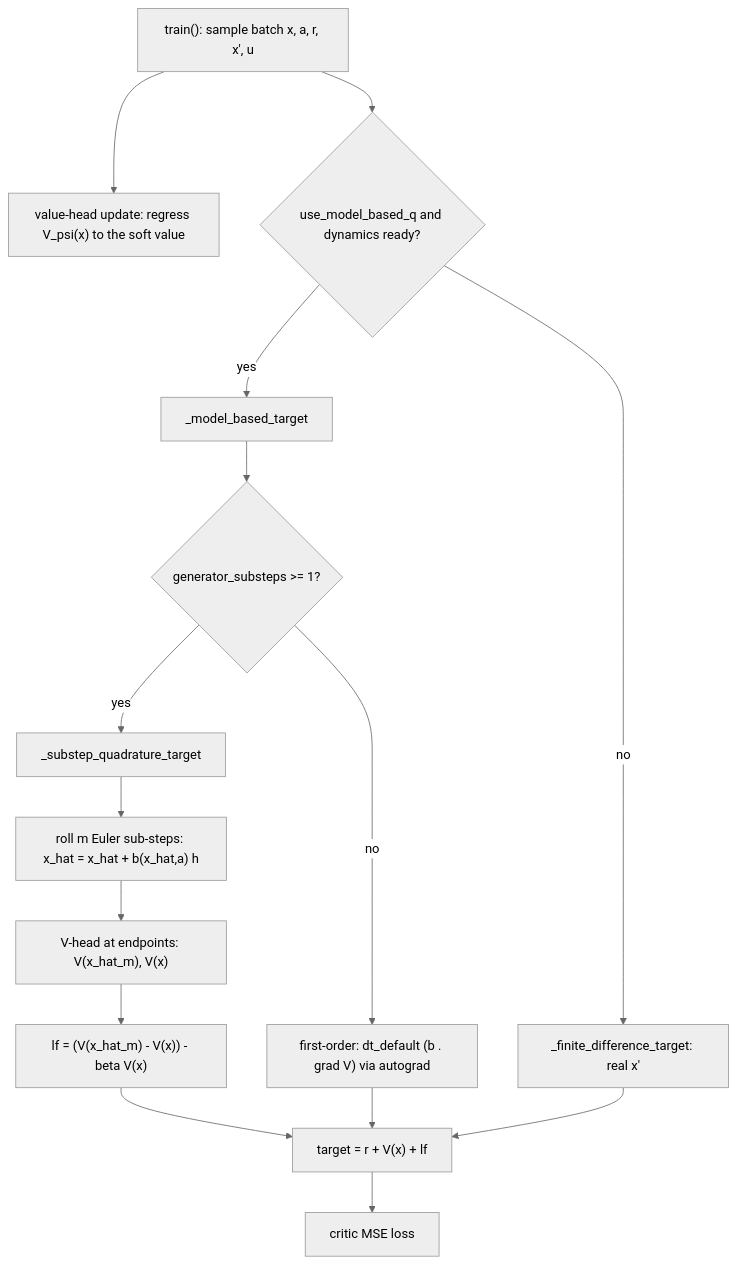
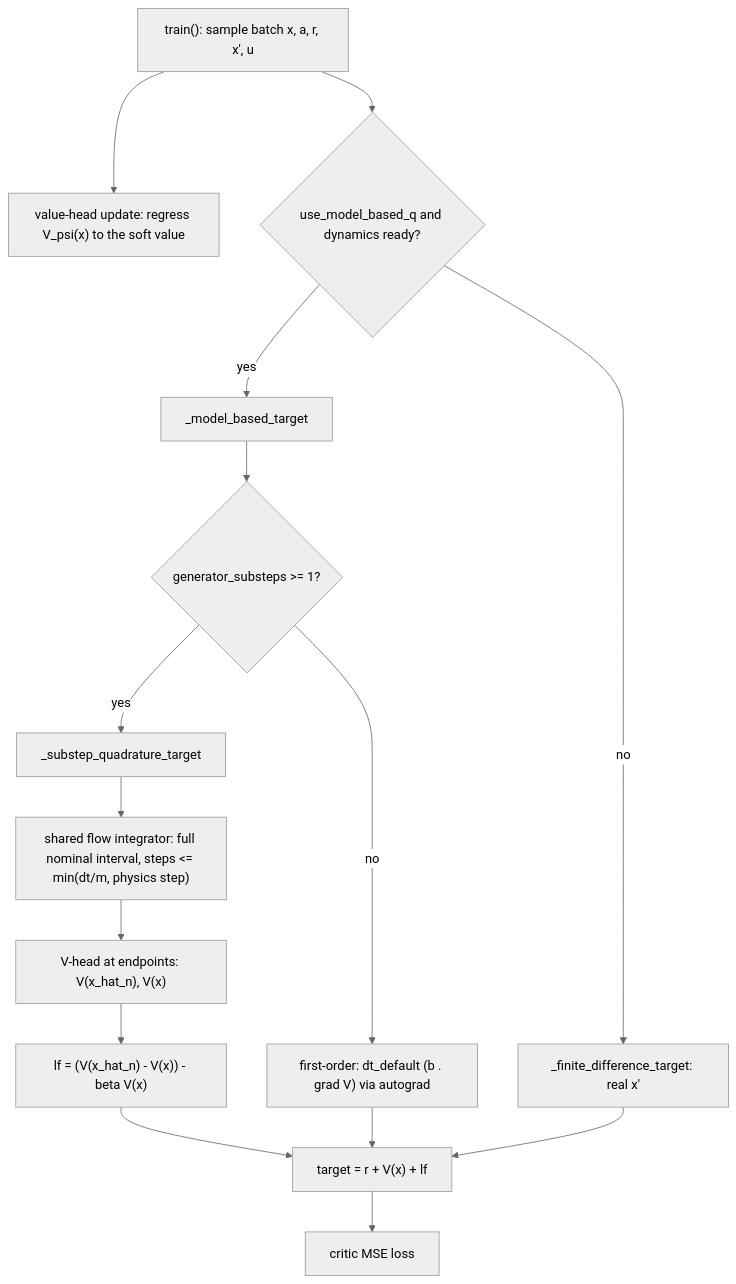
Before and after one commit to sebale16/ct-rl: the diagram in docs/ct_sac_substep_quadrature.md, drawn with Mermaid (neutral theme). The commit also changed other lines of this file and 4 other files, not shown here.

````diff
--- a/docs/ct_sac_substep_quadrature.md
+++ b/docs/ct_sac_substep_quadrature.md
@@ -91,17 +101,17 @@
 ```mermaid
 flowchart TD
     TR["train(): sample batch x, a, r, x', u"] --> VH["value-head update: regress V_psi(x) to the soft value"]
     TR --> SEL{"use_model_based_q and dynamics ready?"}
     SEL -->|"no"| FD["_finite_difference_target: real x'"]
     SEL -->|"yes"| MB["_model_based_target"]
     MB --> BR{"generator_substeps >= 1?"}
     BR -->|"no"| GEN["first-order: dt_default (b . grad V) via autograd"]
     BR -->|"yes"| QUAD["_substep_quadrature_target"]
-    QUAD --> ROLL["roll m Euler sub-steps: x_hat = x_hat + b(x_hat,a) h"]
-    ROLL --> VEND["V-head at endpoints: V(x_hat_m), V(x)"]
-    VEND --> LF["lf = (V(x_hat_m) - V(x)) - beta V(x)"]
+    QUAD --> ROLL["shared flow integrator: full nominal interval, steps <= min(dt/m, physics step)"]
+    ROLL --> VEND["V-head at endpoints: V(x_hat_n), V(x)"]
+    VEND --> LF["lf = (V(x_hat_n) - V(x)) - beta V(x)"]
     LF --> TGT["target = r + V(x) + lf"]
     GEN --> TGT
     FD --> TGT
     TGT --> LOSS["critic MSE loss"]
 ```
````
